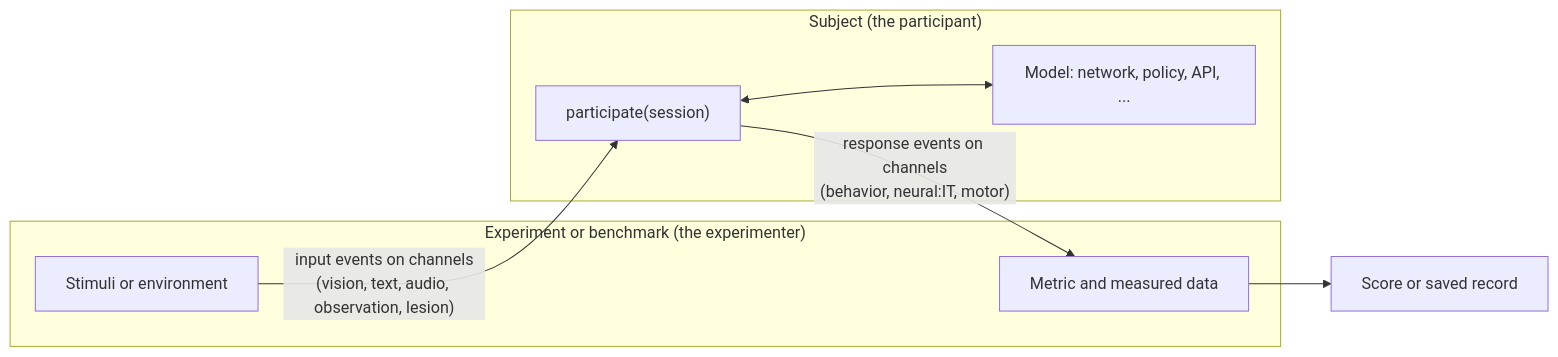
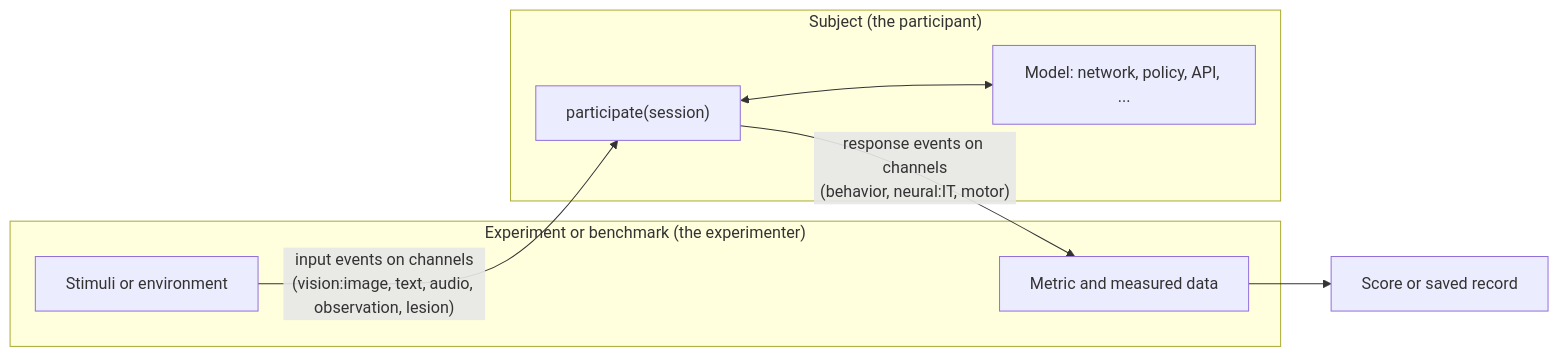
The diagram in docs/01_what_is_umi.md (KartikP/brainscore-unified), drawn with Mermaid before and after one commit. The commit also changed other lines of this file and 41 other files, not shown here.

First line of the commit message:
fix(session)!: declare and send vision:image and vision:video

````diff
--- a/docs/01_what_is_umi.md
+++ b/docs/01_what_is_umi.md
@@ -13,15 +13,15 @@
 ```mermaid
 flowchart LR
     subgraph Experiment["Experiment or benchmark (the experimenter)"]
         S[Stimuli or environment]
         M[Metric and measured data]
     end
     subgraph Subj["Subject (the participant)"]
         P["participate(session)"]
         MOD[Model: network, policy, API, ...]
     end
-    S -- "input events on channels<br/>(vision, text, audio, observation, lesion)" --> P
+    S -- "input events on channels<br/>(vision:image, text, audio, observation, lesion)" --> P
     P <--> MOD
     P -- "response events on channels<br/>(behavior, neural:IT, motor)" --> M
     M --> SC[Score or saved record]
 ```
````
